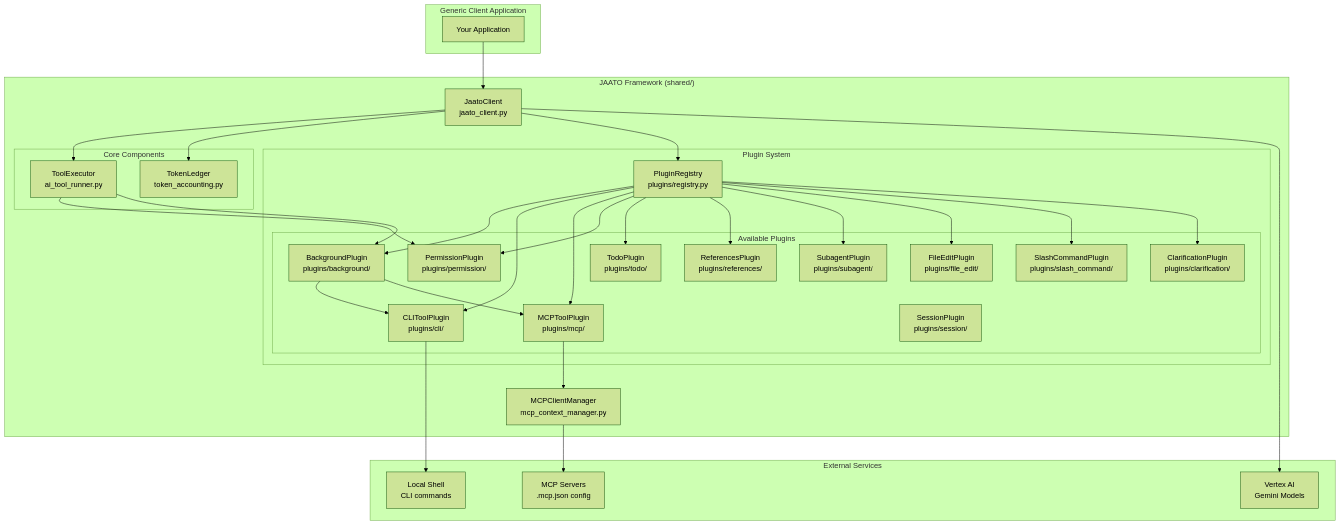
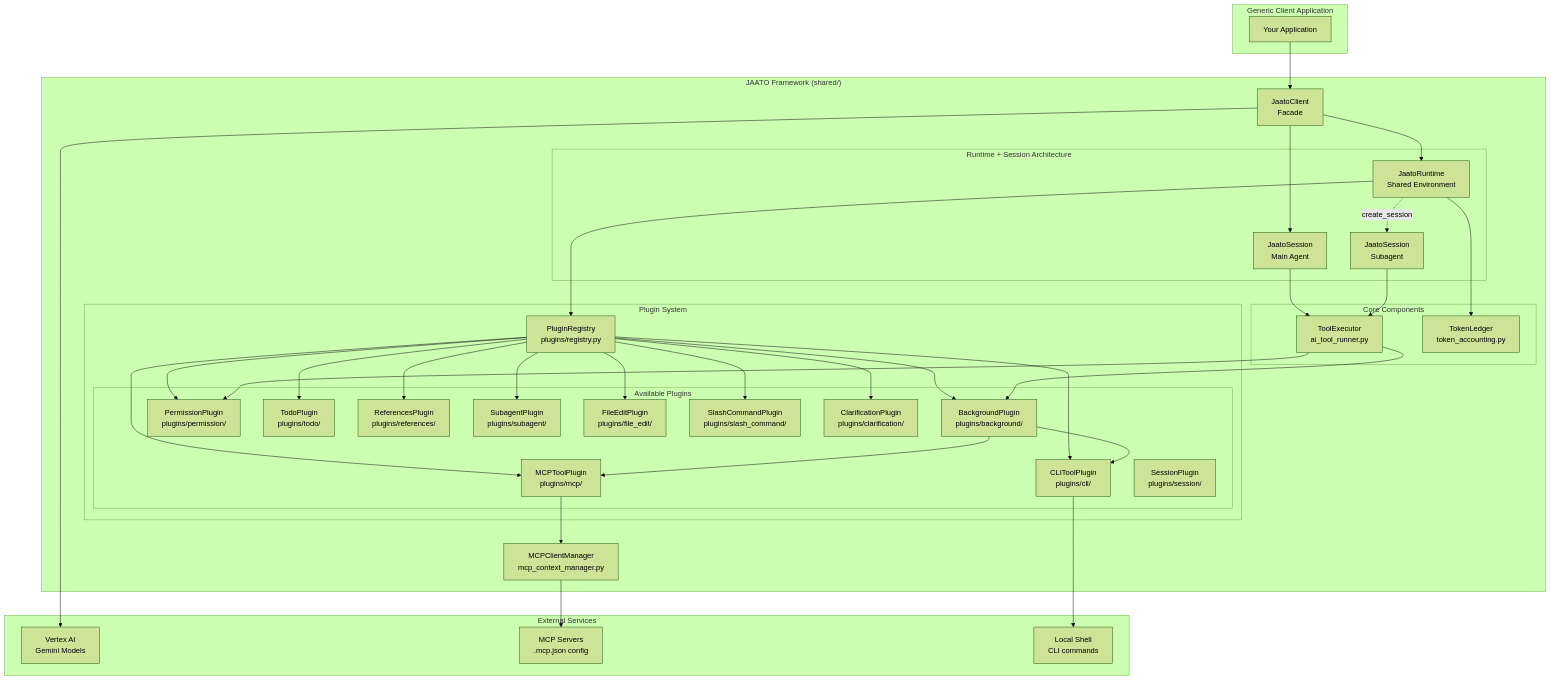
Before and after one commit to Jaato-framework-and-examples/jaato: the first of 6 diagrams in docs/architecture.md, drawn with Mermaid (forest theme). The commit also changed other lines of this file and 5 other files, not shown here.

First line of the commit message:
docs: Update documentation for Runtime/Session architecture

````diff
--- a/docs/architecture.md
+++ b/docs/architecture.md
@@ -62,64 +75,74 @@
 ```mermaid
 flowchart TB
     subgraph Client["Generic Client Application"]
         App[Your Application]
     end
 
     subgraph Framework["JAATO Framework (shared/)"]
-        JC[JaatoClient<br/>jaato_client.py]
+        JC[JaatoClient<br/>Facade]
+
+        subgraph CoreArch["Runtime + Session Architecture"]
+            JR[JaatoRuntime<br/>Shared Environment]
+            JS[JaatoSession<br/>Main Agent]
+            JS2[JaatoSession<br/>Subagent]
+        end
 
         subgraph Core["Core Components"]
             TE[ToolExecutor<br/>ai_tool_runner.py]
             TL[TokenLedger<br/>token_accounting.py]
         end
 
         subgraph Plugins["Plugin System"]
             PR[PluginRegistry<br/>plugins/registry.py]
 
             subgraph Available["Available Plugins"]
                 BG[BackgroundPlugin<br/>plugins/background/]
                 CLI[CLIToolPlugin<br/>plugins/cli/]
                 MCP[MCPToolPlugin<br/>plugins/mcp/]
                 PERM[PermissionPlugin<br/>plugins/permission/]
                 TODO[TodoPlugin<br/>plugins/todo/]
                 REFS[ReferencesPlugin<br/>plugins/references/]
                 SUB[SubagentPlugin<br/>plugins/subagent/]
                 FEDIT[FileEditPlugin<br/>plugins/file_edit/]
                 SLASH[SlashCommandPlugin<br/>plugins/slash_command/]
                 CLAR[ClarificationPlugin<br/>plugins/clarification/]
                 SESS[SessionPlugin<br/>plugins/session/]
             end
         end
 
         MCM[MCPClientManager<br/>mcp_context_manager.py]
     end
 
     subgraph External["External Services"]
         VAI[Vertex AI<br/>Gemini Models]
         MCPS[MCP Servers<br/>.mcp.json config]
         Shell[Local Shell<br/>CLI commands]
     end
 
     App --> JC
-    JC --> TE
-    JC --> TL
-    JC --> PR
+    JC --> JR
+    JC --> JS
+    JR --> PR
+    JR --> TL
+    JR -.->|create_session| JS2
+    JS --> TE
+    JS2 --> TE
     PR --> BG
     PR --> CLI
     PR --> MCP
     PR --> PERM
     PR --> TODO
     PR --> REFS
     PR --> SUB
     PR --> FEDIT
     PR --> SLASH
     PR --> CLAR
     TE --> PERM
     TE --> BG
     BG --> CLI
     BG --> MCP
     MCP --> MCM
     MCM --> MCPS
     CLI --> Shell
     JC --> VAI
 ```
````
